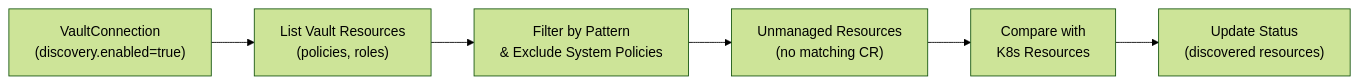
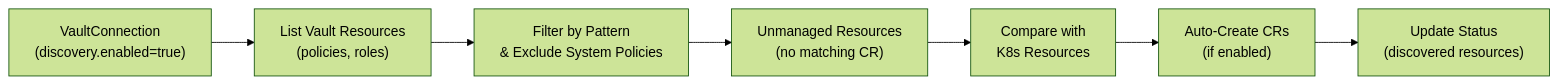
Before and after one commit to panteparak/vault-access-operator: the diagram in docs/concepts/discovery.md, drawn with Mermaid (forest theme). The commit also changed other lines of this file and 14 other files, not shown here.

````diff
--- a/docs/concepts/discovery.md
+++ b/docs/concepts/discovery.md
@@ -21,8 +21,9 @@
 ```mermaid
 flowchart LR
     A["VaultConnection<br/>(discovery.enabled=true)"] --> B["List Vault Resources<br/>(policies, roles)"]
     B --> C["Filter by Pattern<br/>& Exclude System Policies"]
     C --> D["Unmanaged Resources<br/>(no matching CR)"]
     D --> E["Compare with<br/>K8s Resources"]
-    E --> F["Update Status<br/>(discovered resources)"]
+    E --> F["Auto-Create CRs<br/>(if enabled)"]
+    F --> G["Update Status<br/>(discovered resources)"]
 ```
````
